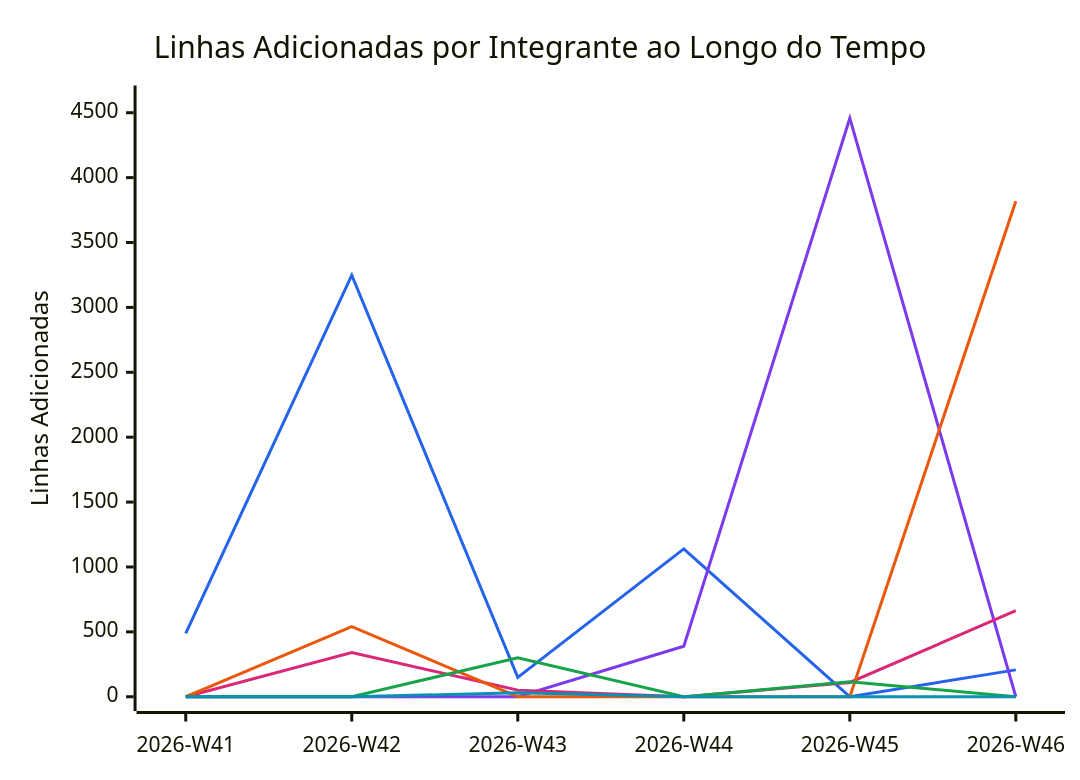
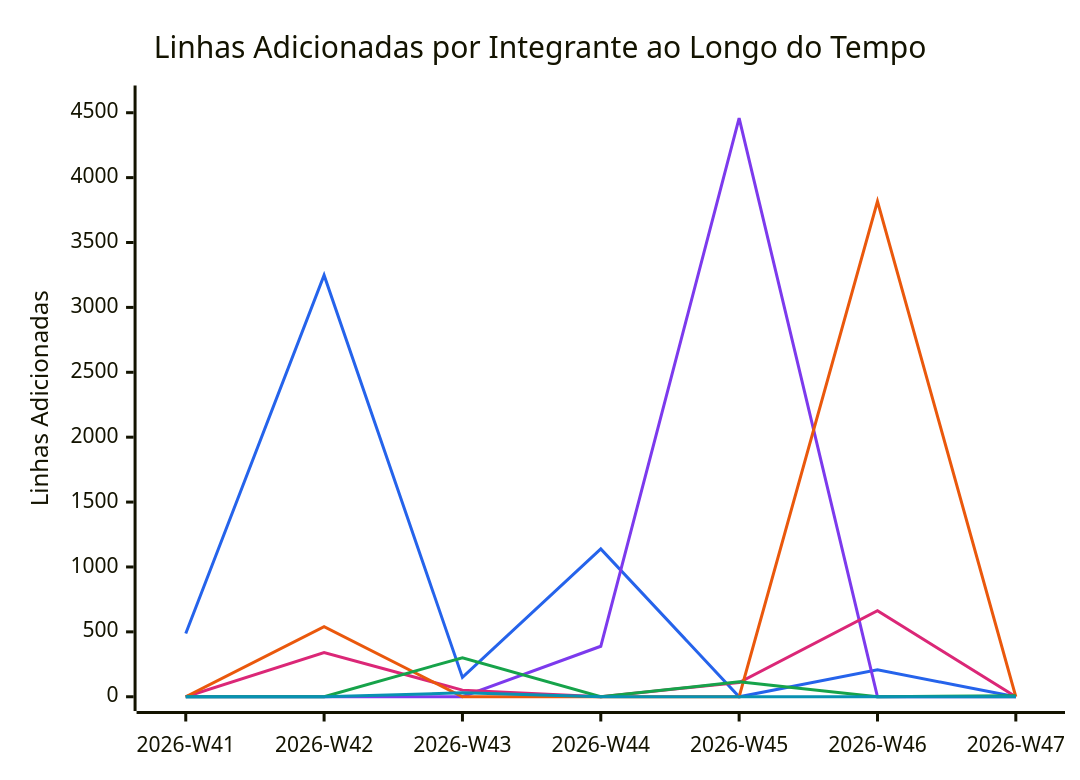
Before and after one commit to FCTE-Qualidade-de-Software-1/2026-2_T01_FRANS_BILAS: the diagram in documentation/snippets/management/code-additions.mmd, drawn with Mermaid. The commit also changed 6 other files, not shown here.

```diff
--- a/documentation/snippets/management/code-additions.mmd
+++ b/documentation/snippets/management/code-additions.mmd
@@ -1,11 +1,11 @@
 %%{init: {"themeVariables": {"xyChart": {"plotColorPalette": "#2563eb, #7c3aed, #db2777, #ea580c, #16a34a, #0891b2"}}}}%%
 xychart-beta
     title "Linhas Adicionadas por Integrante ao Longo do Tempo"
-    x-axis ["2026-W41", "2026-W42", "2026-W43", "2026-W44", "2026-W45", "2026-W46"]
+    x-axis ["2026-W41", "2026-W42", "2026-W43", "2026-W44", "2026-W45", "2026-W46", "2026-W47"]
     y-axis "Linhas Adicionadas" 0 --> 4600
-    line [488, 3248, 149, 1139, 0, 207]
-    line [0, 0, 0, 389, 4458, 0]
-    line [0, 340, 51, 0, 110, 663]
-    line [0, 540, 0, 0, 0, 3818]
-    line [0, 0, 301, 0, 115, 0]
-    line [0, 0, 30, 0, 0, 0]
+    line [488, 3248, 149, 1139, 0, 207, 0]
+    line [0, 0, 0, 389, 4458, 0, 0]
+    line [0, 340, 51, 0, 110, 663, 0]
+    line [0, 540, 0, 0, 0, 3818, 0]
+    line [0, 0, 301, 0, 115, 0, 8]
+    line [0, 0, 30, 0, 0, 0, 0]
```
